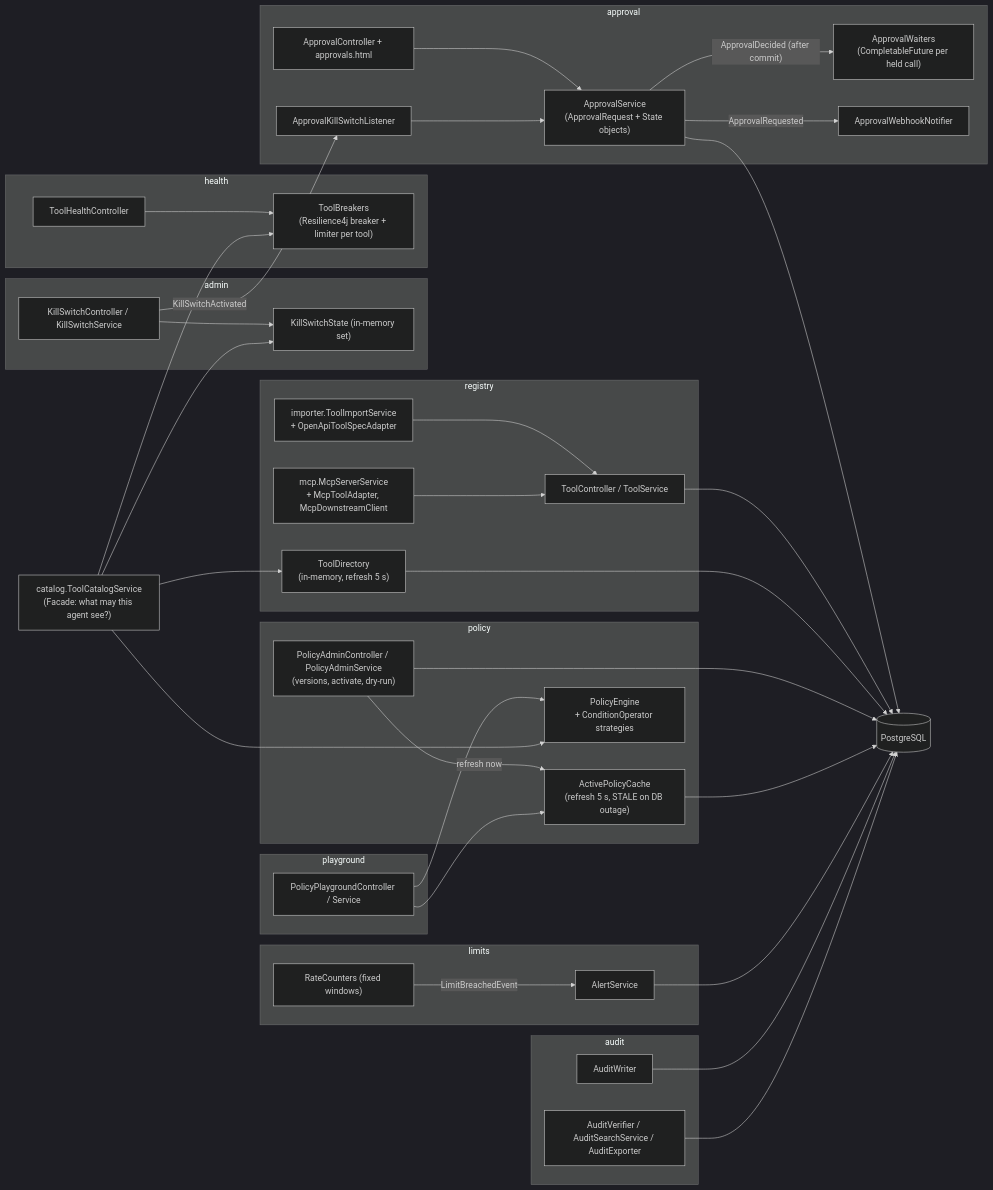
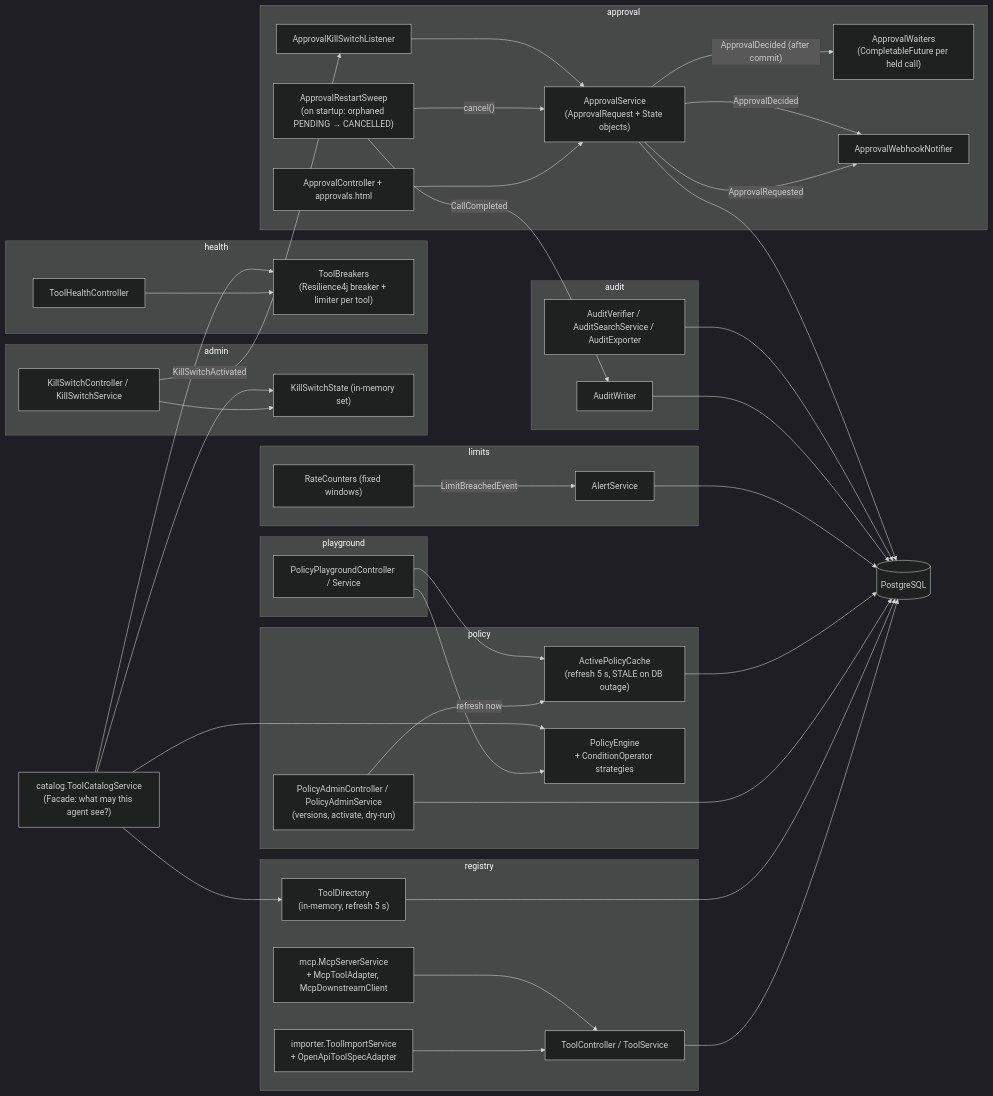
One commit to Israt-tanni-Mihu/AgentGate changed the second of 2 diagrams in docs/architecture/c4-component.md. Above: the diagram before and after it, drawn with Mermaid (dark theme). The commit also changed 12 other files, not shown here.

Commit message:
fix(approval): cancel orphaned PENDING approvals on startup with audit and webhook

````diff
--- a/docs/architecture/c4-component.md
+++ b/docs/architecture/c4-component.md
@@ -74,74 +74,78 @@
 ```mermaid
 flowchart LR
     subgraph registry["registry"]
         tc["ToolController / ToolService"]
         imp["importer.ToolImportService<br/>+ OpenApiToolSpecAdapter"]
         mcps["mcp.McpServerService<br/>+ McpToolAdapter, McpDownstreamClient"]
         td["ToolDirectory<br/>(in-memory, refresh 5 s)"]
     end
 
     subgraph policy["policy"]
         pac["PolicyAdminController / PolicyAdminService<br/>(versions, activate, dry-run)"]
         cache["ActivePolicyCache<br/>(refresh 5 s, STALE on DB outage)"]
         eng["PolicyEngine<br/>+ ConditionOperator strategies"]
     end
 
     subgraph playground["playground"]
         pg["PolicyPlaygroundController / Service"]
     end
 
     subgraph approval["approval"]
         ac["ApprovalController + approvals.html"]
         as["ApprovalService<br/>(ApprovalRequest + State objects)"]
         aw["ApprovalWaiters<br/>(CompletableFuture per held call)"]
         wh["ApprovalWebhookNotifier"]
         akl["ApprovalKillSwitchListener"]
+        sw["ApprovalRestartSweep<br/>(on startup: orphaned PENDING → CANCELLED)"]
     end
 
     subgraph admin["admin"]
         ksc["KillSwitchController / KillSwitchService"]
         kss["KillSwitchState (in-memory set)"]
     end
 
     subgraph health["health"]
         tb["ToolBreakers<br/>(Resilience4j breaker + limiter per tool)"]
         th["ToolHealthController"]
     end
 
     subgraph limits["limits"]
         rcnt["RateCounters (fixed windows)"]
         al["AlertService"]
     end
 
     subgraph audit["audit"]
         aud["AuditWriter"]
         ver["AuditVerifier / AuditSearchService / AuditExporter"]
     end
 
     cat["catalog.ToolCatalogService<br/>(Facade: what may this agent see?)"]
     db[("PostgreSQL")]
 
     tc --> db
     imp --> tc
     mcps --> tc
     td --> db
     pac --> db
     pac -- "refresh now" --> cache
     cache --> db
     pg --> eng
     pg --> cache
     ac --> as
     as --> db
     as -- "ApprovalRequested" --> wh
     as -- "ApprovalDecided (after commit)" --> aw
+    as -- "ApprovalDecided" --> wh
+    sw -- "cancel()" --> as
+    sw -- "CallCompleted" --> aud
     ksc --> kss
     ksc -- "KillSwitchActivated" --> akl --> as
     th --> tb
     rcnt -- "LimitBreachedEvent" --> al --> db
     aud --> db
     ver --> db
     cat --> td
     cat --> eng
     cat --> kss
     cat --> tb
 ```
````
